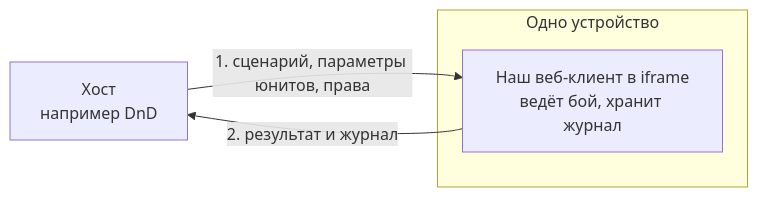
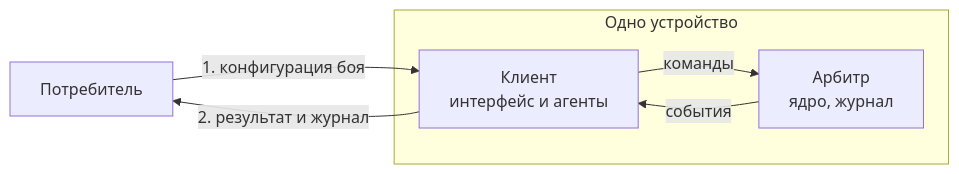
Before and after one commit to LinKav20/Heroes2dBattleGame: the first of 2 diagrams in docs/architecture/README.md, drawn with Mermaid. The commit also changed other lines of this file and 61 other files, not shown here.

````diff
--- a/docs/architecture/README.md
+++ b/docs/architecture/README.md
@@ -24,9 +37,12 @@
 ```mermaid
 flowchart LR
-  HOST["Хост<br/>например DnD"]
+  HOST["Потребитель"]
   subgraph PC["Одно устройство"]
-    WEB["Наш веб-клиент в iframe<br/>ведёт бой, хранит журнал"]
+    UI["Клиент<br/>интерфейс и агенты"]
+    ARB["Арбитр<br/>ядро, журнал"]
+    UI -- "команды" --> ARB
+    ARB -- "события" --> UI
   end
-  HOST -- "1. сценарий, параметры юнитов, права" --> WEB
-  WEB -- "2. результат и журнал" --> HOST
+  HOST -- "1. конфигурация боя" --> UI
+  UI -- "2. результат и журнал" --> HOST
 ```
````
